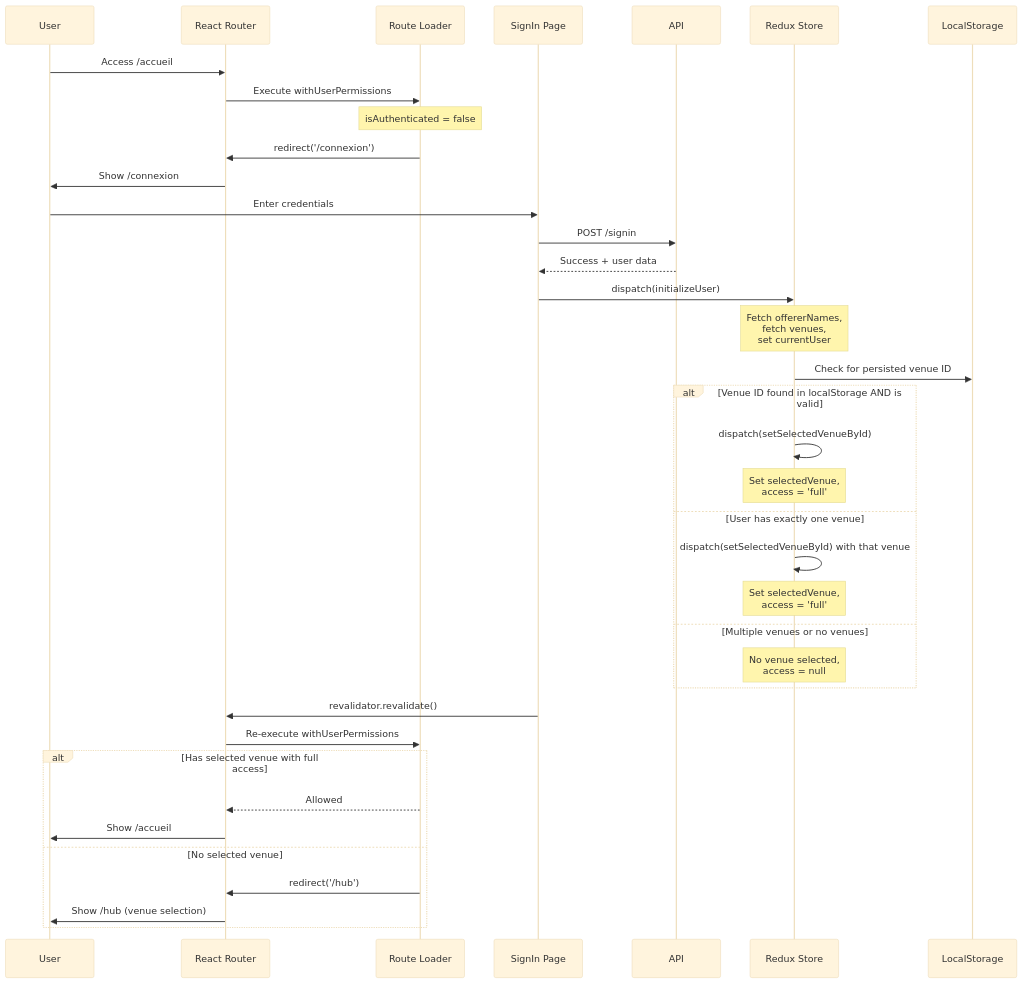
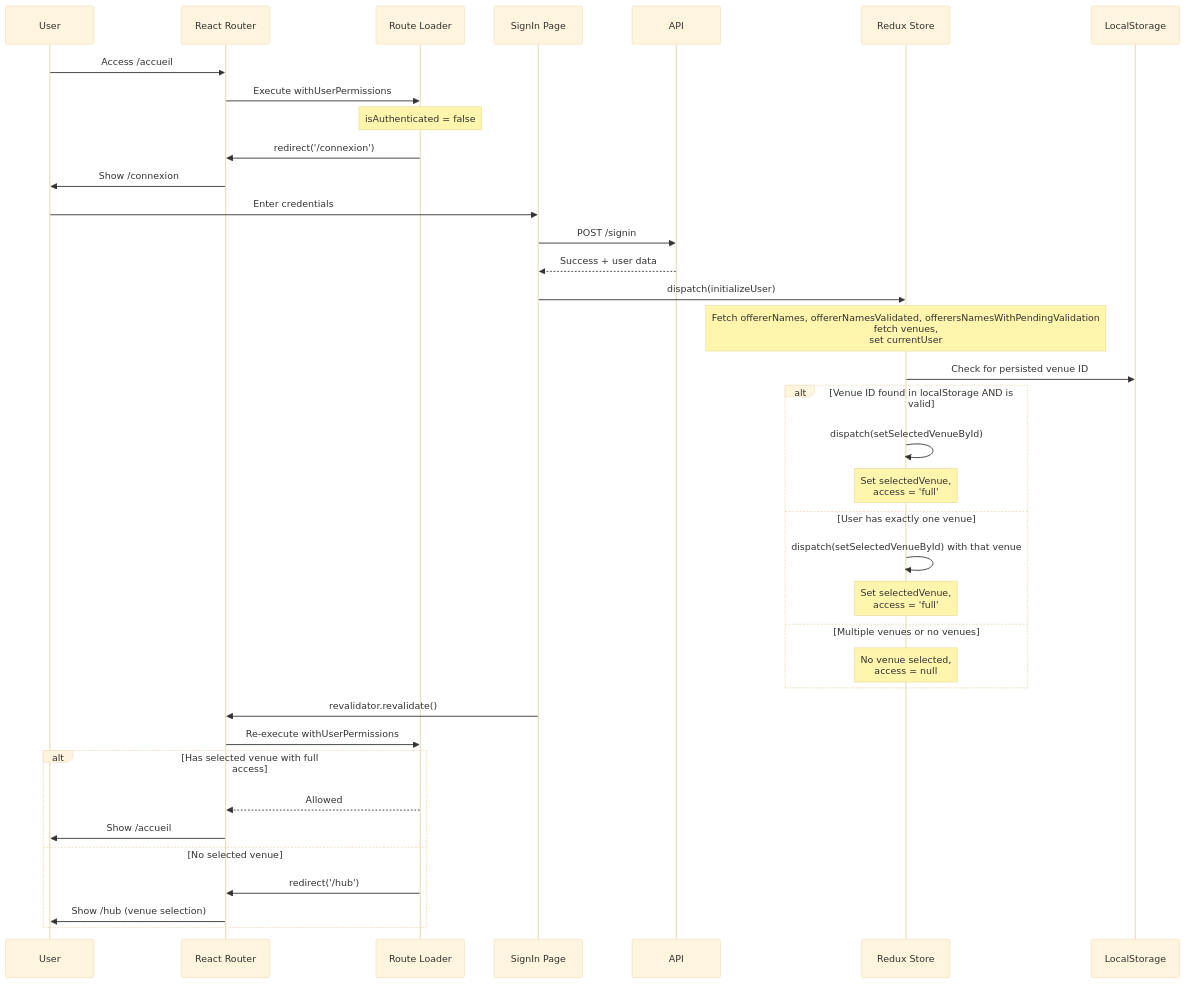
The fifth of 5 diagrams in pro/src/commons/auth/README.md (pass-culture/pass-culture-main), drawn with Mermaid (base theme) before and after one commit. The commit also changed 46 other files, not shown here.

````diff
--- a/pro/src/commons/auth/README.md
+++ b/pro/src/commons/auth/README.md
@@ -145,46 +145,46 @@
 ```mermaid
 sequenceDiagram
     participant User
     participant Router as React Router
     participant Loader as Route Loader
     participant Login as SignIn Page
     participant API
     participant Store as Redux Store
     participant LocalStorage
 
     User->>Router: Access /accueil
     Router->>Loader: Execute withUserPermissions
     Note over Loader: isAuthenticated = false
     Loader->>Router: redirect('/connexion')
     Router->>User: Show /connexion
 
     User->>Login: Enter credentials
     Login->>API: POST /signin
     API-->>Login: Success + user data
 
     Login->>Store: dispatch(initializeUser)
-    Note over Store: Fetch offererNames,<br/>fetch venues,<br/>set currentUser
+    Note over Store: Fetch offererNames, offererNamesValidated, offerersNamesWithPendingValidation <br/>fetch venues,<br/>set currentUser
 
     Store->>LocalStorage: Check for persisted venue ID
 
     alt Venue ID found in localStorage AND is valid
         Store->>Store: dispatch(setSelectedVenueById)
         Note over Store: Set selectedVenue,<br/>access = 'full'
     else User has exactly one venue
         Store->>Store: dispatch(setSelectedVenueById) with that venue
         Note over Store: Set selectedVenue,<br/>access = 'full'
     else Multiple venues or no venues
         Note over Store: No venue selected,<br/>access = null
     end
 
     Login->>Router: revalidator.revalidate()
     Router->>Loader: Re-execute withUserPermissions
 
     alt Has selected venue with full access
         Loader-->>Router: Allowed
         Router->>User: Show /accueil
     else No selected venue
         Loader->>Router: redirect('/hub')
         Router->>User: Show /hub (venue selection)
     end
 ```
````
